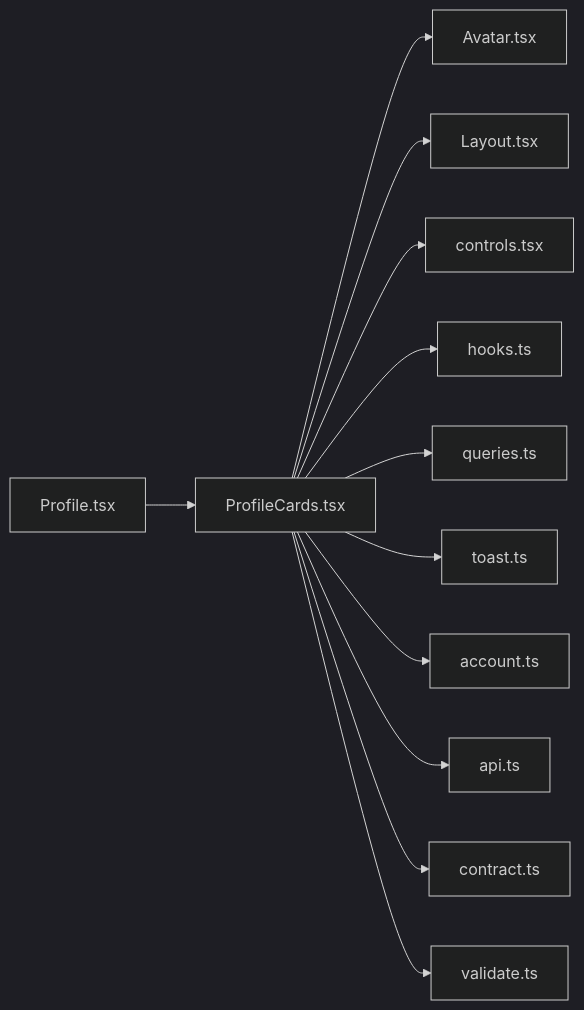
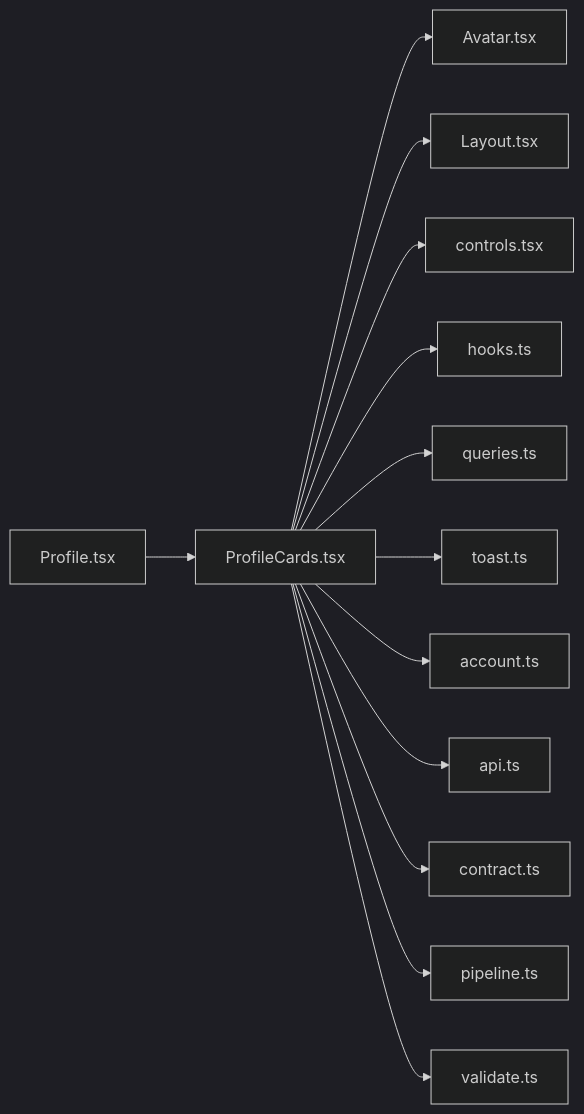
Before and after one commit to minkong-dev/Banblit: the diagram in .cluedoc/graph/frontend/src/routes/ProfileCards.md, drawn with Mermaid (dark theme). The commit also changed other lines of this file and 15 other files, not shown here.

First line of the commit message:
frontend: move route duties into hooks and server calls into lib/pipeline

````diff
--- a/.cluedoc/graph/frontend/src/routes/ProfileCards.md
+++ b/.cluedoc/graph/frontend/src/routes/ProfileCards.md
@@ -10,15 +10,16 @@
 ```mermaid
 flowchart LR
   frontend_src_routes_ProfileCards["ProfileCards.tsx"]
   frontend_src_routes_ProfileCards --> frontend_src_components_Avatar["Avatar.tsx"]
   frontend_src_routes_ProfileCards --> frontend_src_components_Layout["Layout.tsx"]
   frontend_src_routes_ProfileCards --> frontend_src_components_controls["controls.tsx"]
   frontend_src_routes_ProfileCards --> frontend_src_components_hooks["hooks.ts"]
   frontend_src_routes_ProfileCards --> frontend_src_components_queries["queries.ts"]
   frontend_src_routes_ProfileCards --> frontend_src_components_toast["toast.ts"]
   frontend_src_routes_ProfileCards --> frontend_src_lib_account["account.ts"]
   frontend_src_routes_ProfileCards --> frontend_src_lib_api["api.ts"]
   frontend_src_routes_ProfileCards --> frontend_src_lib_contract["contract.ts"]
+  frontend_src_routes_ProfileCards --> frontend_src_lib_pipeline["pipeline.ts"]
   frontend_src_routes_ProfileCards --> frontend_src_lib_validate["validate.ts"]
   frontend_src_routes_Profile["Profile.tsx"] --> frontend_src_routes_ProfileCards
 ```
````
